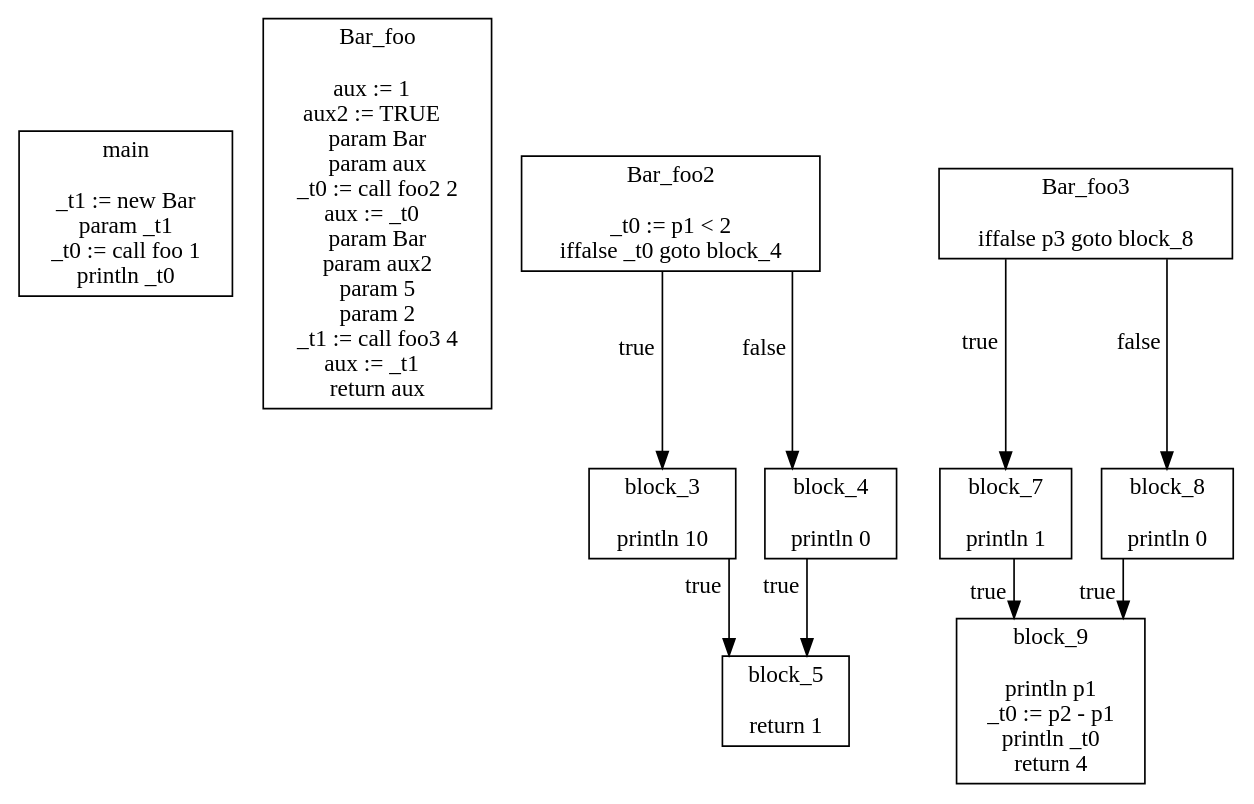
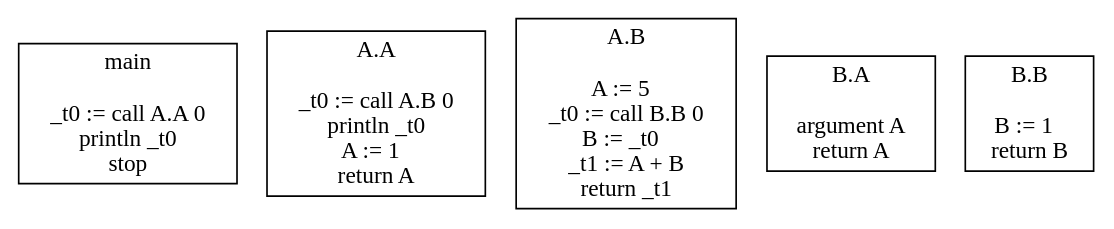
Before and after one commit to RealNexa/DV1655-compiler: the diagram in getting_started/CFG.dot, drawn with Graphviz. The commit also changed 17 other files, not shown here.

```diff
--- a/getting_started/CFG.dot
+++ b/getting_started/CFG.dot
@@ -1,51 +1,25 @@
 digraph {
 graph [splines=ortho]
 node [shape=box]
-main [label="main\n\n_t1 := new Bar
-param _t1
-_t0 := call foo 1
+"main" [label="main\n\n_t0 := call A.A 0
 println _t0
+stop
 "];
-Bar_foo [label="Bar_foo\n\naux := 1  
-aux2 := TRUE  
-param Bar
-param aux
-_t0 := call foo2 2
-aux := _t0  
-param Bar
-param aux2
-param 5
-param 2
-_t1 := call foo3 4
-aux := _t1  
-return aux
+"A.A" [label="A.A\n\n_t0 := call A.B 0
+println _t0
+A := 1  
+return A
 "];
-Bar_foo2 [label="Bar_foo2\n\n_t0 := p1 < 2
-iffalse _t0 goto block_4
+"A.B" [label="A.B\n\nA := 5  
+_t0 := call B.B 0
+B := _t0  
+_t1 := A + B
+return _t1
 "];
-Bar_foo2->block_3 [xlabel="true"];
-block_3 [label="block_3\n\nprintln 10
+"B.A" [label="B.A\n\nargument A
+return A
 "];
-block_3->block_5 [xlabel="true"];
-block_5 [label="block_5\n\nreturn 1
+"B.B" [label="B.B\n\nB := 1  
+return B
 "];
-Bar_foo2->block_4 [xlabel="false"];
-block_4 [label="block_4\n\nprintln 0
-"];
-block_4->block_5 [xlabel="true"];
-Bar_foo3 [label="Bar_foo3\n\niffalse p3 goto block_8
-"];
-Bar_foo3->block_7 [xlabel="true"];
-block_7 [label="block_7\n\nprintln 1
-"];
-block_7->block_9 [xlabel="true"];
-block_9 [label="block_9\n\nprintln p1
-_t0 := p2 - p1
-println _t0
-return 4
-"];
-Bar_foo3->block_8 [xlabel="false"];
-block_8 [label="block_8\n\nprintln 0
-"];
-block_8->block_9 [xlabel="true"];
 }
```
